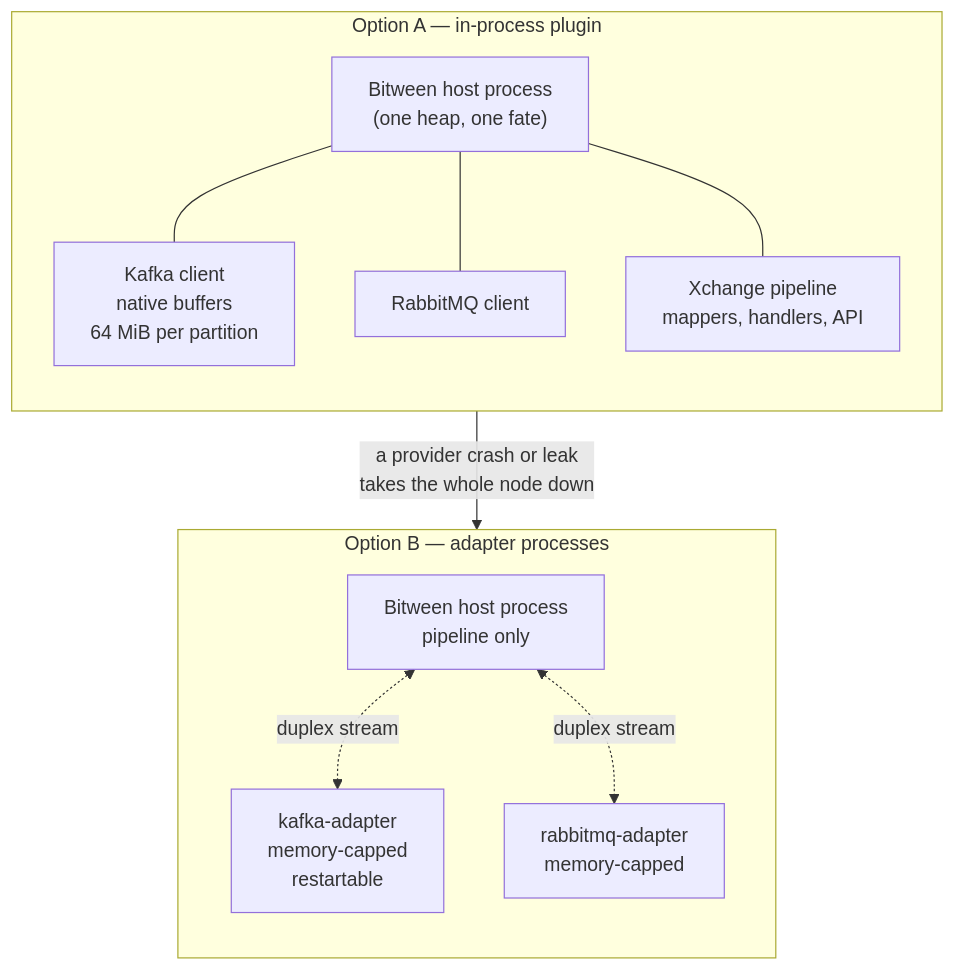
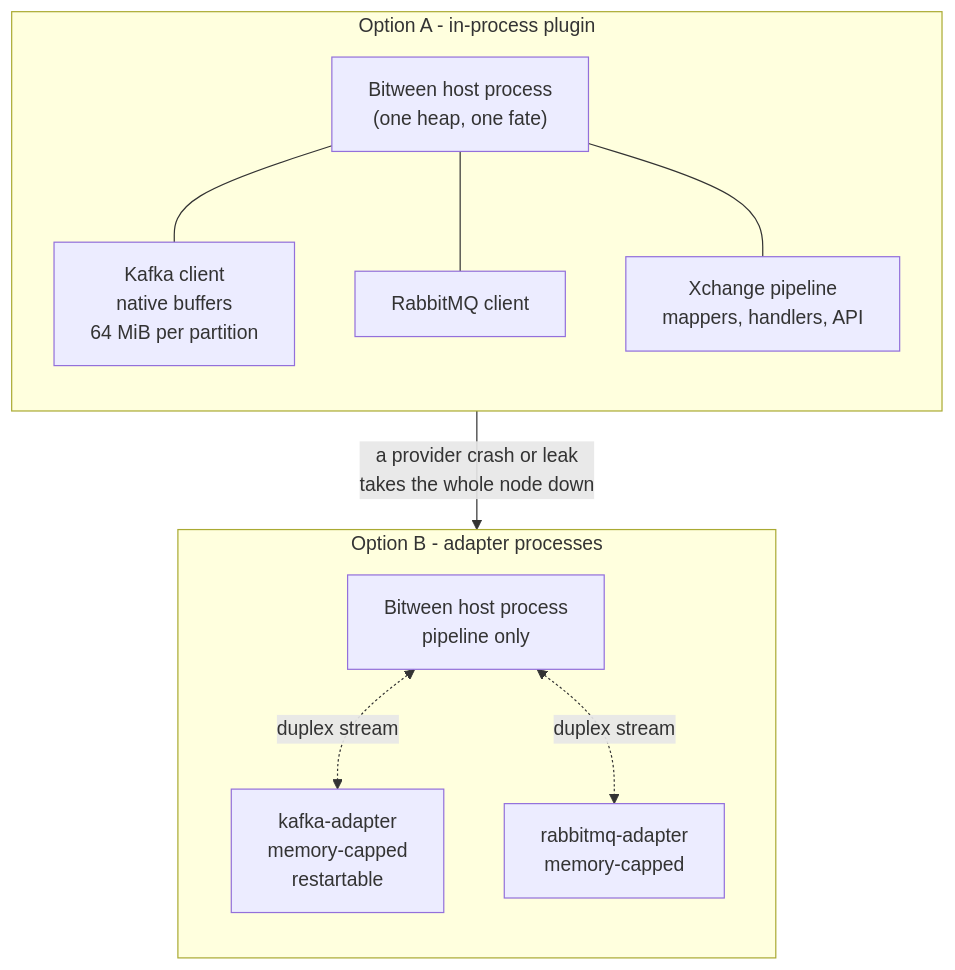
Before and after one commit to simplify9/Bitween-api: the second of 34 diagrams in docs/design/resident-adapters-design.md, drawn with Mermaid. The commit also changed other lines of this file and 768 other files, not shown here.

````diff
--- a/docs/design/resident-adapters-design.md
+++ b/docs/design/resident-adapters-design.md
@@ -50,17 +50,17 @@
 ```mermaid
 flowchart TB
-    subgraph OPT1["Option A — in-process plugin"]
+    subgraph OPT1["Option A - in-process plugin"]
         direction TB
         H1["Bitween host process<br/>(one heap, one fate)"]
         H1 --- K1["Kafka client<br/>native buffers<br/>64 MiB per partition"]
         H1 --- R1["RabbitMQ client"]
         H1 --- APP["Xchange pipeline<br/>mappers, handlers, API"]
     end
-    subgraph OPT2["Option B — adapter processes"]
+    subgraph OPT2["Option B - adapter processes"]
         direction TB
         H2["Bitween host process<br/>pipeline only"]
         H2 <-.duplex stream.-> P1["kafka-adapter<br/>memory-capped<br/>restartable"]
         H2 <-.duplex stream.-> P2["rabbitmq-adapter<br/>memory-capped"]
     end
     OPT1 -->|"a provider crash or leak<br/>takes the whole node down"| OPT2
 ```
````
